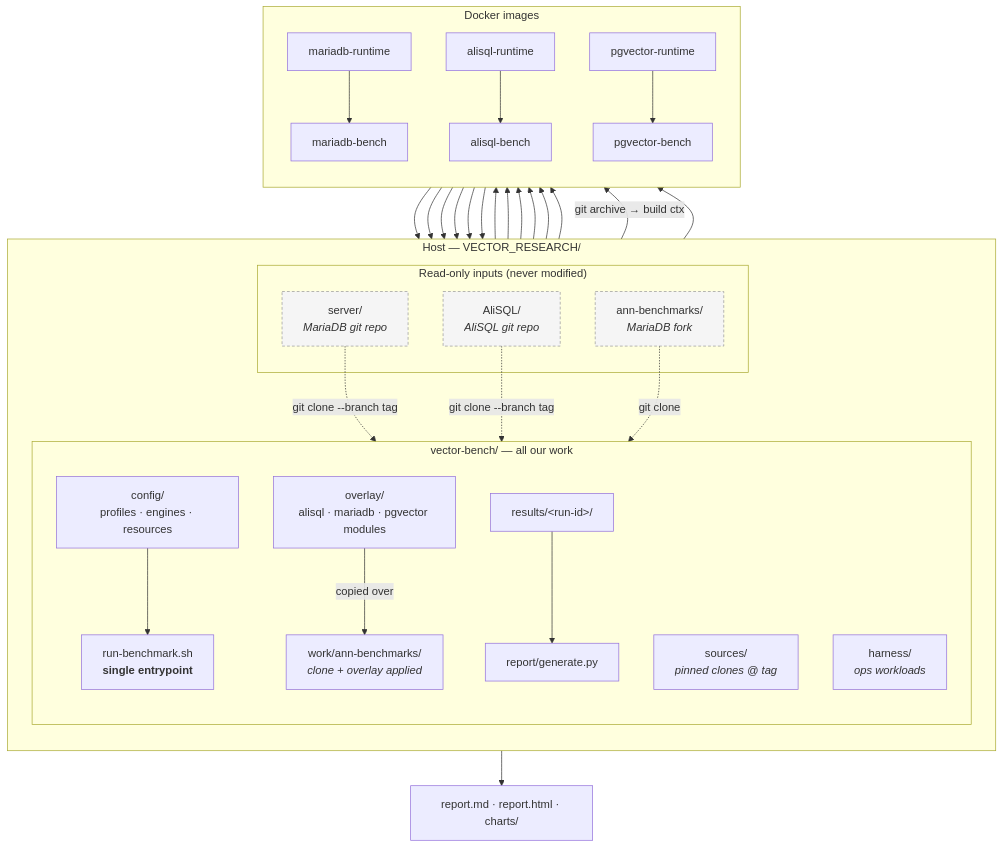
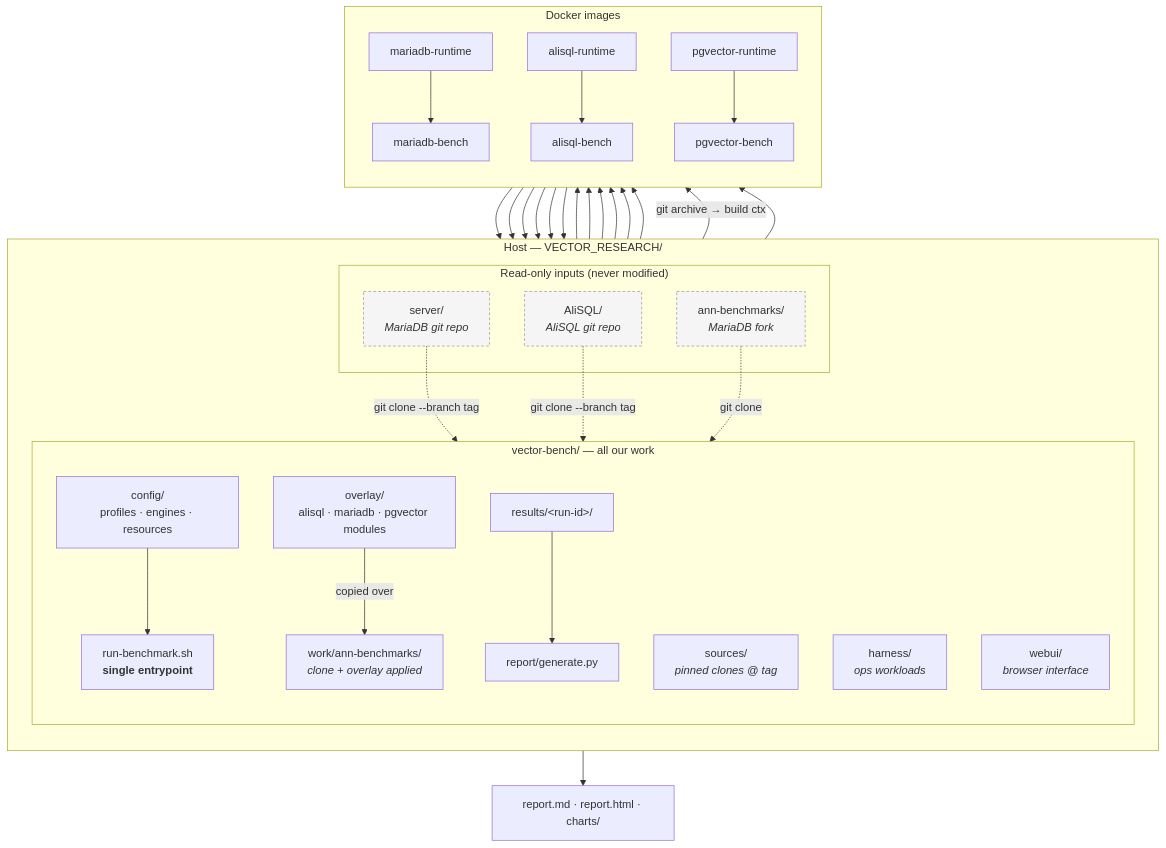
The first of 6 diagrams in docs/01-architecture.md (EvgeniyPatlan/vector-bench), drawn with Mermaid before and after one commit. The commit also changed other lines of this file and 8 other files, not shown here.

````diff
--- a/docs/01-architecture.md
+++ b/docs/01-architecture.md
@@ -9,53 +9,54 @@
 ```mermaid
 flowchart TB
     subgraph host["Host — VECTOR_RESEARCH/"]
         direction TB
         subgraph ro["Read-only inputs (never modified)"]
             MDBSRC["server/<br/><i>MariaDB git repo</i>"]
             ALISRC["AliSQL/<br/><i>AliSQL git repo</i>"]
             ANNSRC["ann-benchmarks/<br/><i>MariaDB fork</i>"]
         end
 
         subgraph vb["vector-bench/ — all our work"]
             direction TB
             ENTRY["run-benchmark.sh<br/><b>single entrypoint</b>"]
             CFG["config/<br/>profiles · engines · resources"]
             SRC["sources/<br/><i>pinned clones @ tag</i>"]
             WORK["work/ann-benchmarks/<br/><i>clone + overlay applied</i>"]
             OVL["overlay/<br/>alisql · mariadb · pgvector modules"]
             HARN["harness/<br/><i>ops workloads</i>"]
             REP["report/generate.py"]
+            WEB["webui/<br/><i>browser interface</i>"]
             RES["results/&lt;run-id&gt;/"]
         end
     end
 
     subgraph dkr["Docker images"]
         direction TB
         RT1["mariadb-runtime"]
         RT2["alisql-runtime"]
         RT3["pgvector-runtime"]
         BN1["mariadb-bench"]
         BN2["alisql-bench"]
         BN3["pgvector-bench"]
         RT1 --> BN1
         RT2 --> BN2
         RT3 --> BN3
     end
 
     MDBSRC -.->|git clone --branch tag| SRC
     ALISRC -.->|git clone --branch tag| SRC
     ANNSRC -.->|git clone| WORK
     OVL -->|copied over| WORK
     CFG --> ENTRY
     SRC -->|git archive → build ctx| dkr
     ENTRY --> dkr
     WORK --> BN1 & BN2 & BN3
     HARN --> RT1 & RT2 & RT3
     BN1 & BN2 & BN3 --> RES
     RT1 & RT2 & RT3 --> RES
     RES --> REP
     REP --> OUT["report.md · report.html · charts/"]
 
     classDef readonly fill:#f5f5f5,stroke:#999,stroke-dasharray:4 3,color:#333
     class MDBSRC,ALISRC,ANNSRC readonly
 ```
````
